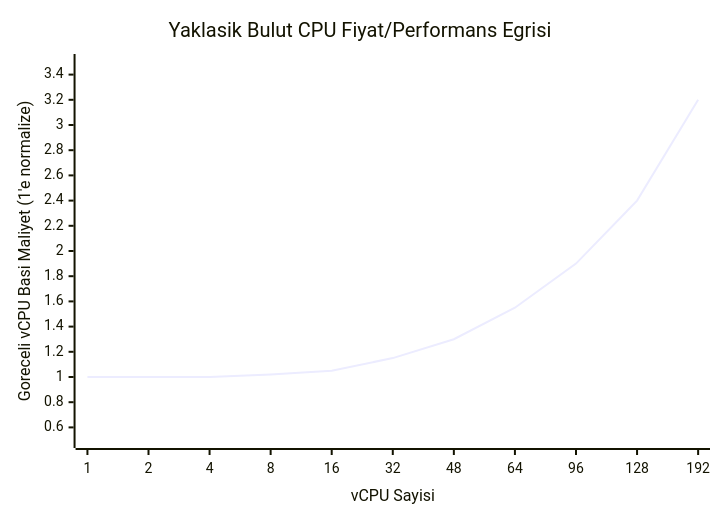
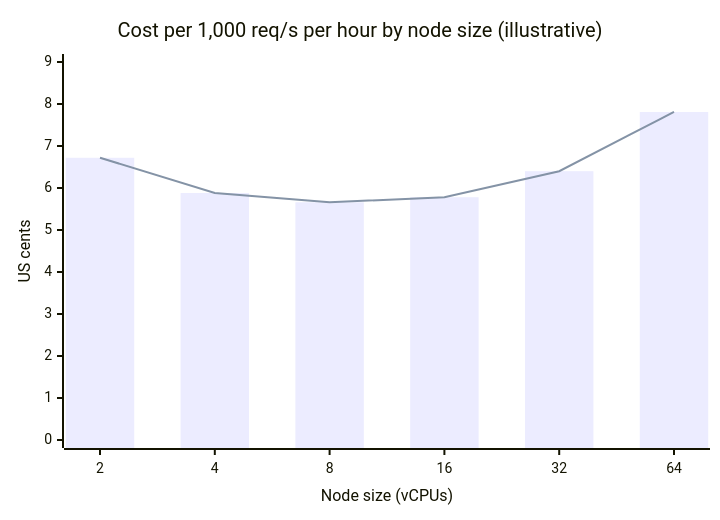
One commit to gorkemsari/distributed-systems changed the first of 5 diagrams in src/content/docs/tr/foundations/monoliths-to-distributed/cost-performance-curves.mdx. Above: the diagram before and after it, drawn with Mermaid. The commit also changed other lines of this file and 3 other files, not shown here.

````diff
--- a/src/content/docs/tr/foundations/monoliths-to-distributed/cost-performance-curves.mdx
+++ b/src/content/docs/tr/foundations/monoliths-to-distributed/cost-performance-curves.mdx
@@ -55,7 +38,8 @@
 ```mermaid
 xychart-beta
-    title "Yaklasik Bulut CPU Fiyat/Performans Egrisi"
-    x-axis "vCPU Sayisi" [1, 2, 4, 8, 16, 32, 48, 64, 96, 128, 192]
-    y-axis "Goreceli vCPU Basi Maliyet (1'e normalize)" 0.5 --> 3.5
-    line [1.0, 1.0, 1.0, 1.02, 1.05, 1.15, 1.3, 1.55, 1.9, 2.4, 3.2]
+    title "Cost per 1,000 req/s per hour by node size (illustrative)"
+    x-axis "Node size (vCPUs)" [2, 4, 8, 16, 32, 64]
+    y-axis "US cents" 0 --> 9
+    bar [6.72, 5.88, 5.66, 5.78, 6.40, 7.81]
+    line [6.72, 5.88, 5.66, 5.78, 6.40, 7.81]
 ```
````
